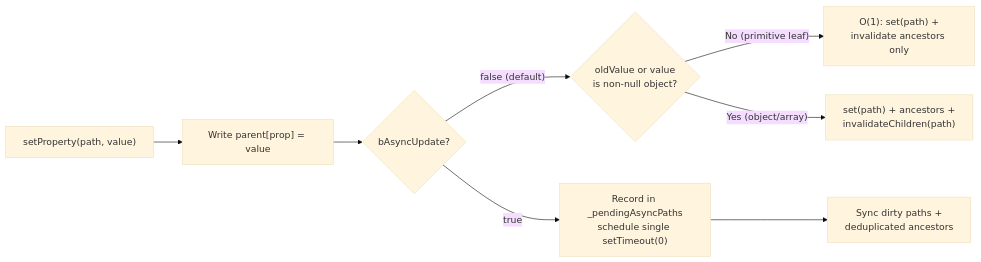
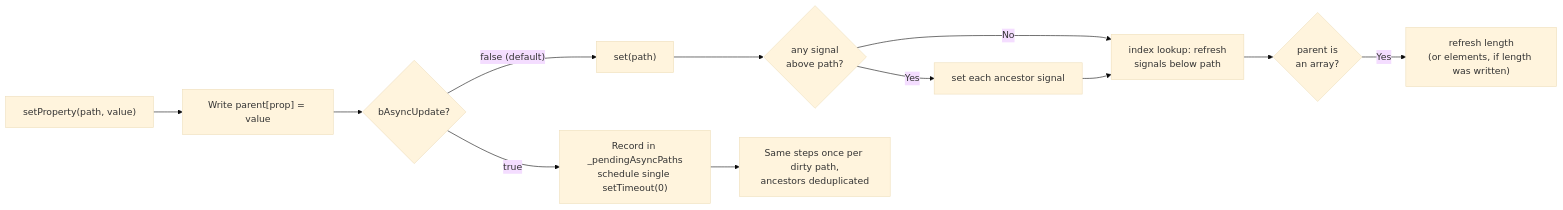
Before and after one commit to wridgeu/ui5-lib-signal-model: the third of 5 diagrams in docs/architecture.md, drawn with Mermaid (base theme). The commit also changed other lines of this file and 8 other files, not shown here.

First line of the commit message:
fix(lib): close JSONModel parity gaps and index signals by path

````diff
--- a/docs/architecture.md
+++ b/docs/architecture.md
@@ -57,10 +64,14 @@
 ```mermaid
 flowchart LR
   Write["setProperty(path, value)"] --> Update["Write parent[prop] = value"]
   Update --> Mode{"bAsyncUpdate?"}
-  Mode -->|"false (default)"| LeafCheck{"oldValue or value<br/>is non-null object?"}
-  LeafCheck -->|"No (primitive leaf)"| Fast["O(1): set(path) +<br/>invalidate ancestors only"]
-  LeafCheck -->|"Yes (object/array)"| Full["set(path) + ancestors +<br/>invalidateChildren(path)"]
+  Mode -->|"false (default)"| Self["set(path)"]
+  Self --> Up{"any signal<br/>above path?"}
+  Up -->|"Yes"| Anc["set each ancestor signal"]
+  Up -->|"No"| Below
+  Anc --> Below["index lookup: refresh<br/>signals below path"]
+  Below --> Arr{"parent is<br/>an array?"}
+  Arr -->|"Yes"| Len["refresh length<br/>(or elements, if length was written)"]
   Mode -->|"true"| Defer["Record in _pendingAsyncPaths<br/>schedule single setTimeout(0)"]
-  Defer --> Sync["Sync dirty paths +<br/>deduplicated ancestors"]
+  Defer --> Sync["Same steps once per dirty path,<br/>ancestors deduplicated"]
 ```
````
